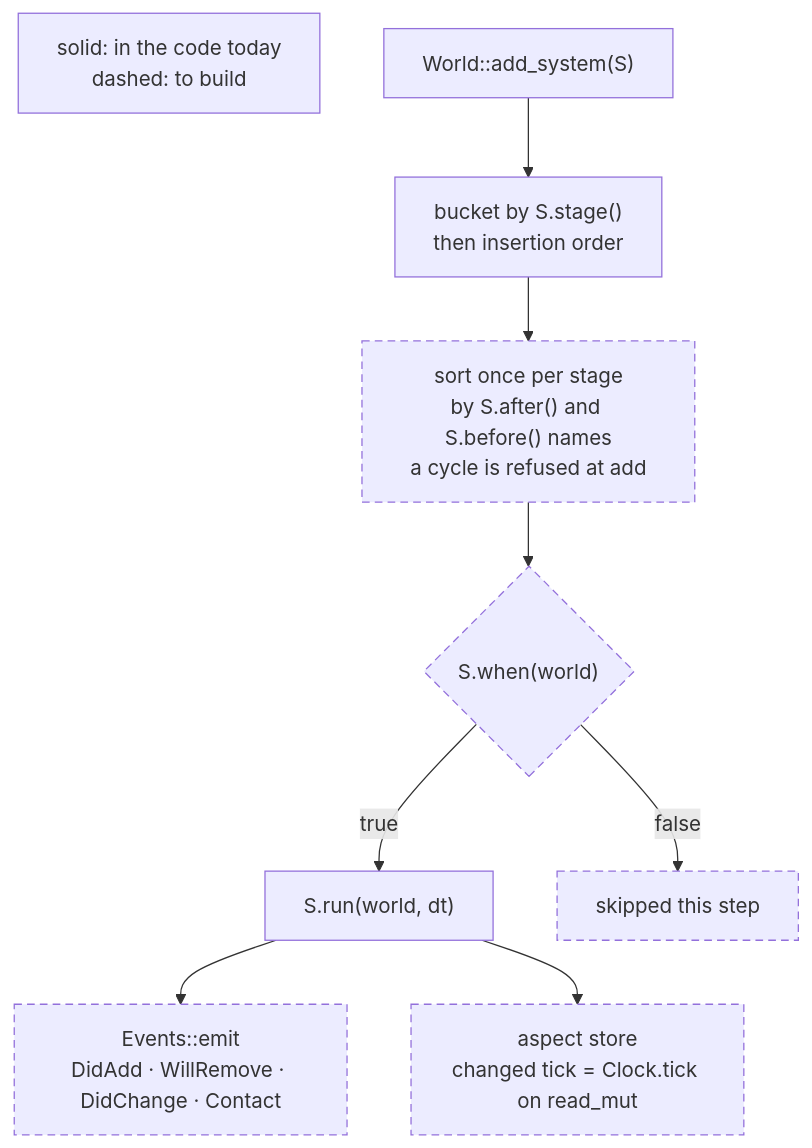
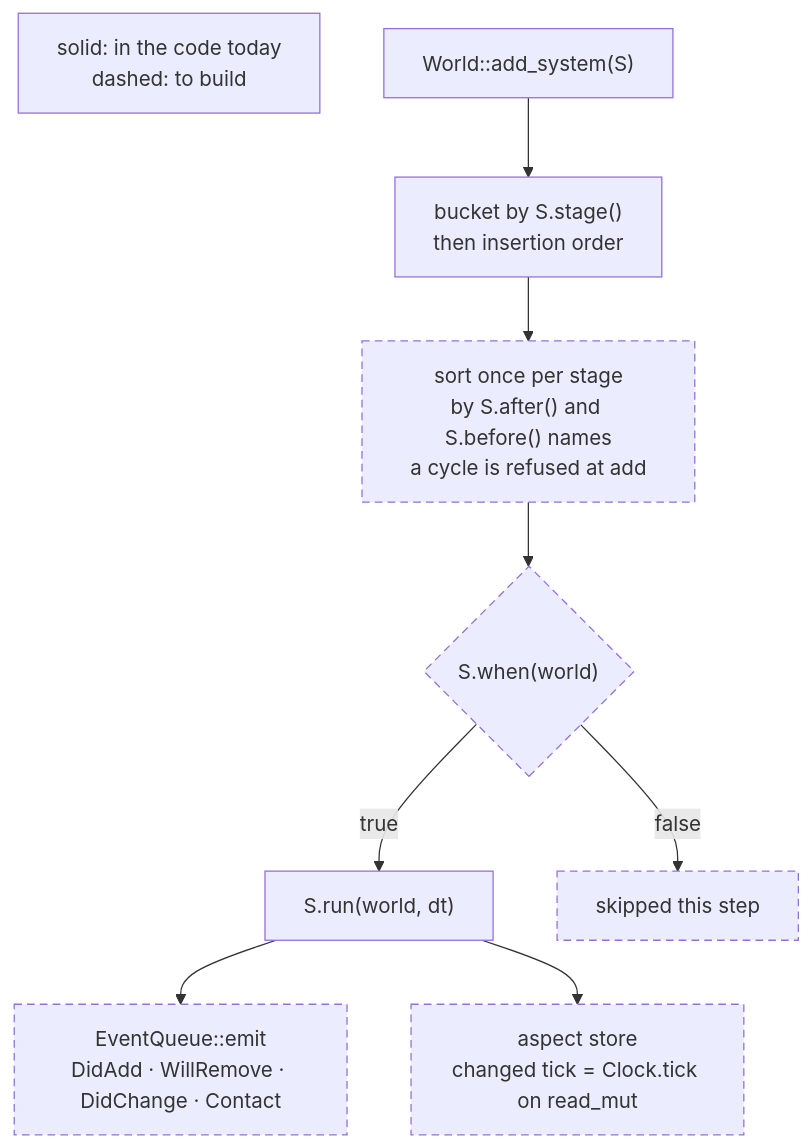
One commit to gemphi/phikit changed the second of 3 diagrams in crates/phicore/phiecs/docs/step.md. Above: the diagram before and after it, drawn with Mermaid. The commit also changed other lines of this file and 21 other files, not shown here.

````diff
--- a/crates/phicore/phiecs/docs/step.md
+++ b/crates/phicore/phiecs/docs/step.md
@@ -21,19 +21,19 @@
 ```mermaid
 graph TB
     key["solid: in the code today<br/>dashed: to build"]
     o_add["World::add_system(S)"]
     o_bucket["bucket by S.stage()<br/>then insertion order"]
     o_sort["sort once per stage<br/>by S.after() and S.before() names<br/>a cycle is refused at add"]
     o_gate{"S.when(world)"}
     o_run["S.run(world, dt)"]
     o_skip["skipped this step"]
-    o_emit["Events::emit<br/>DidAdd · WillRemove · DidChange · Contact"]
+    o_emit["EventQueue::emit<br/>DidAdd · WillRemove · DidChange · Contact"]
     o_tick["aspect store<br/>changed tick = Clock.tick on read_mut"]
     o_add --> o_bucket --> o_sort --> o_gate
     o_gate -->|true| o_run
     o_gate -->|false| o_skip
     o_run --> o_emit
     o_run --> o_tick
     classDef plan stroke-dasharray: 6 4;
     class o_sort,o_gate,o_skip,o_emit,o_tick plan;
 ```
````
